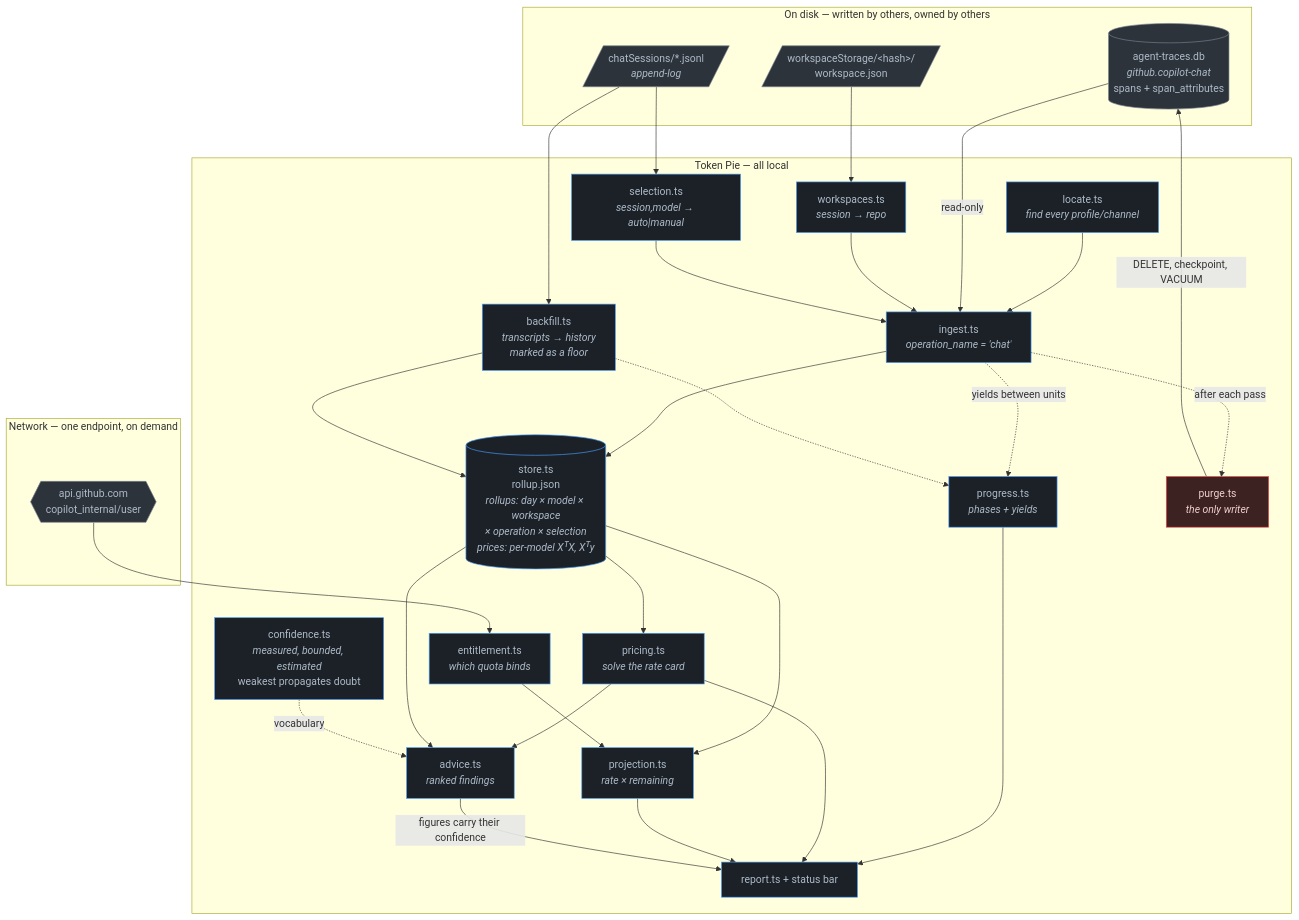
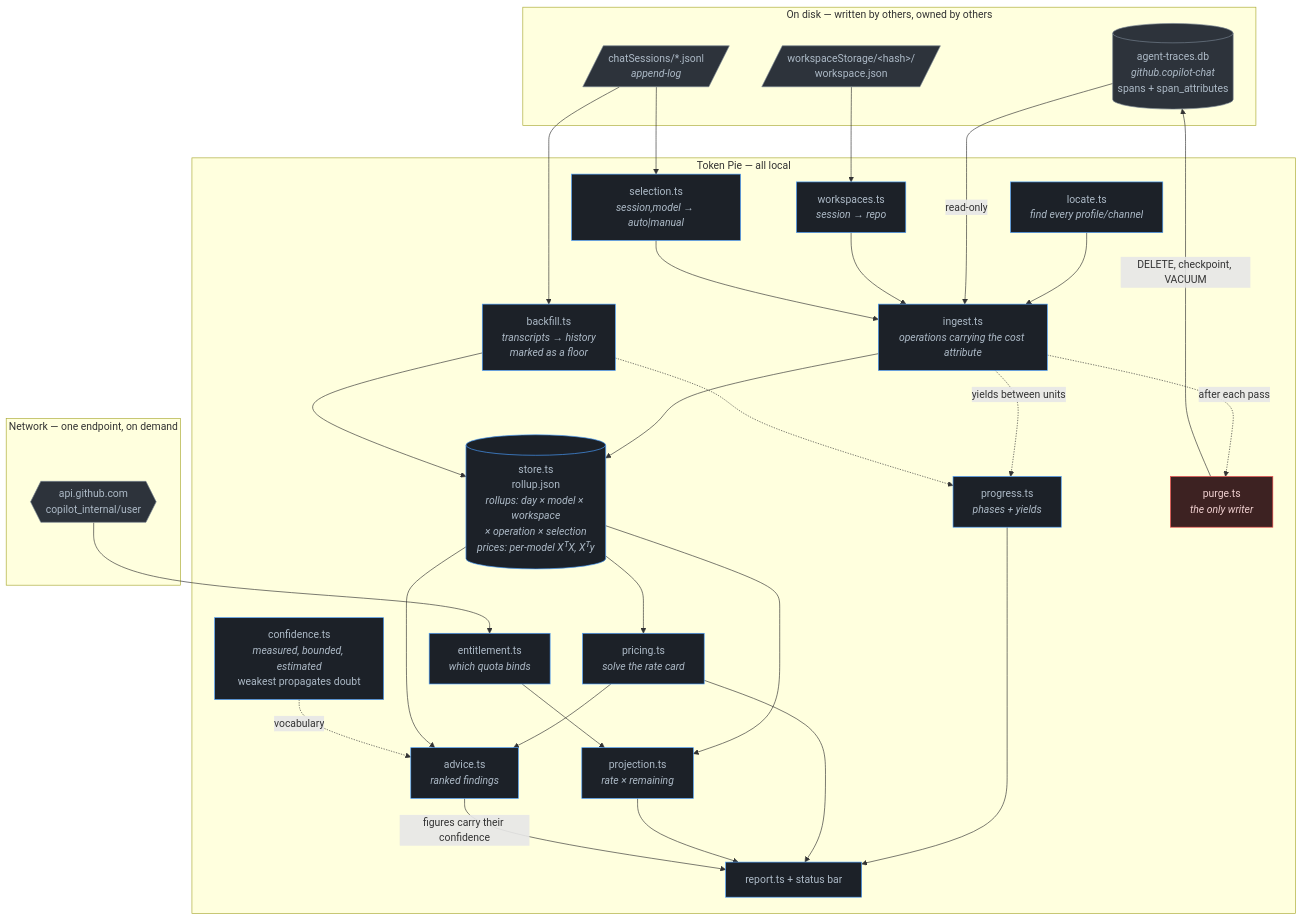
One commit to token-pie/token-pie changed the first of 6 diagrams in docs/ARCHITECTURE.md. Above: the diagram before and after it, drawn with Mermaid. The commit also changed other lines of this file and 3 other files, not shown here.

````diff
--- a/docs/ARCHITECTURE.md
+++ b/docs/ARCHITECTURE.md
@@ -5,58 +5,58 @@
 ```mermaid
 flowchart TB
     subgraph disk["On disk — written by others, owned by others"]
         DB[("agent-traces.db<br/><i>github.copilot-chat</i><br/>spans + span_attributes")]
         WS[/"workspaceStorage/&lt;hash&gt;/<br/>workspace.json"/]
         SESS[/"chatSessions/*.jsonl<br/><i>append-log</i>"/]
     end
 
     subgraph net["Network — one endpoint, on demand"]
         API{{"api.github.com<br/>copilot_internal/user"}}
     end
 
     subgraph tp["Token Pie — all local"]
         LOC["locate.ts<br/><i>find every profile/channel</i>"]
-        ING["ingest.ts<br/><i>operation_name = 'chat'</i>"]
+        ING["ingest.ts<br/><i>operations carrying the cost attribute</i>"]
         WSM["workspaces.ts<br/><i>session → repo</i>"]
         SEL["selection.ts<br/><i>session,model → auto|manual</i>"]
         BF["backfill.ts<br/><i>transcripts → history<br/>marked as a floor</i>"]
         PROG["progress.ts<br/><i>phases + yields</i>"]
         STORE[("store.ts<br/>rollup.json<br/><i>rollups: day × model × workspace<br/>× operation × selection<br/>prices: per-model XᵀX, Xᵀy</i>")]
         PRICE["pricing.ts<br/><i>solve the rate card</i>"]
         PURGE["purge.ts<br/><i>the only writer</i>"]
         ENT["entitlement.ts<br/><i>which quota binds</i>"]
         PROJ["projection.ts<br/><i>rate × remaining</i>"]
         ADV["advice.ts<br/><i>ranked findings</i>"]
         CONF["confidence.ts<br/><i>measured, bounded, estimated</i><br/>weakest propagates doubt"]
         UI["report.ts + status bar"]
     end
 
     LOC --> ING
     DB -->|read-only| ING
     WS --> WSM --> ING
     SESS --> SEL --> ING
     ING --> STORE
     SESS --> BF --> STORE
     ING -.->|yields between units| PROG
     BF -.-> PROG
     PROG --> UI
     STORE --> PRICE
     PRICE --> ADV
     PRICE --> UI
     ING -.->|after each pass| PURGE
     PURGE -->|DELETE, checkpoint, VACUUM| DB
     API --> ENT
     STORE --> PROJ
     ENT --> PROJ
     STORE --> ADV
     PROJ --> UI
     CONF -.->|vocabulary| ADV
     ADV -->|figures carry their confidence| UI
 
     classDef ext fill:#2d333b,stroke:#768390,color:#adbac7
     classDef own fill:#1c2128,stroke:#4a9eff,color:#adbac7
     classDef write fill:#3d2222,stroke:#f14c4c,color:#f0d0d0
     class DB,WS,SESS,API ext
     class LOC,ING,WSM,SEL,BF,PROG,STORE,PRICE,ENT,PROJ,ADV,CONF,UI own
     class PURGE write
 ```
````
